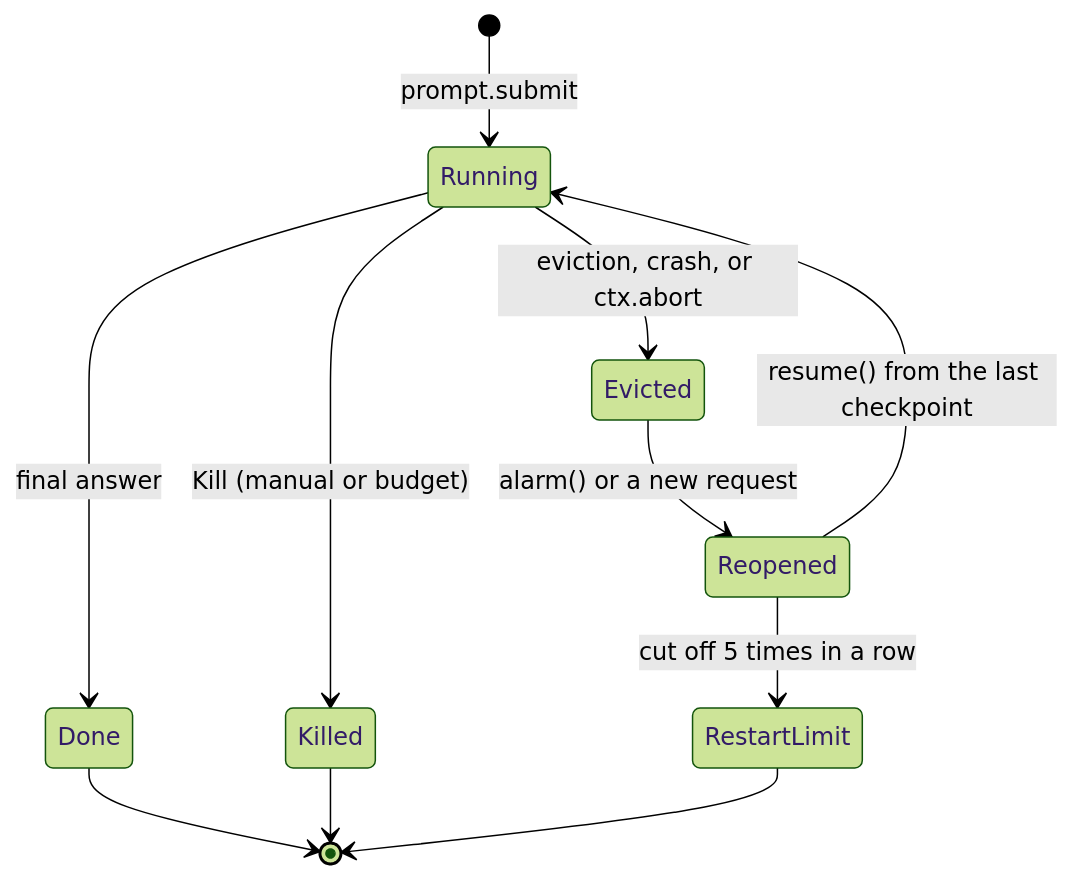
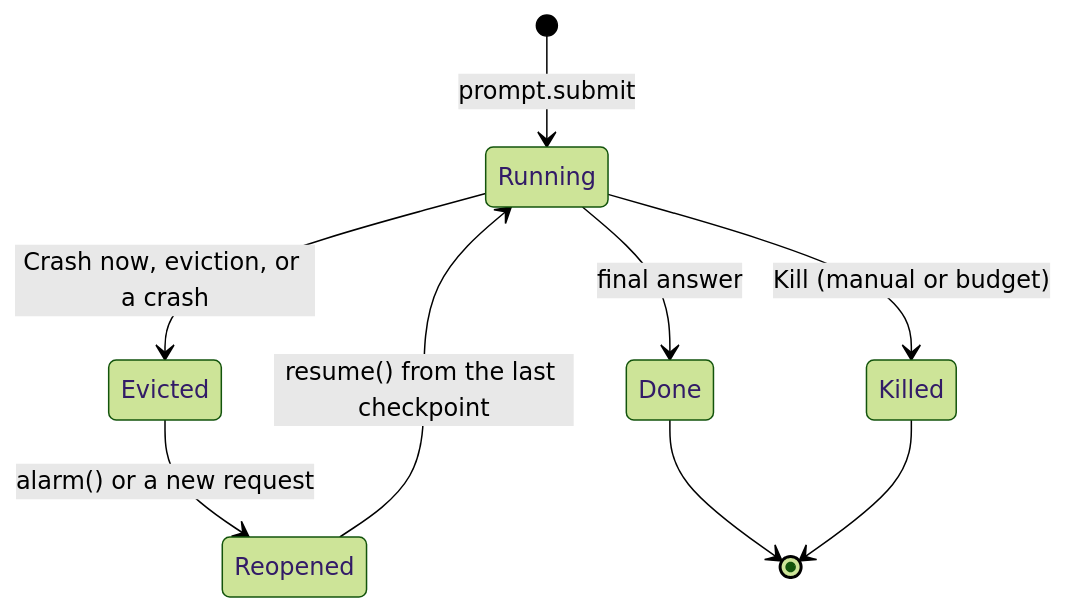
The sixth of 6 diagrams in SPEC.md (hung-ngm/pi-durable-replay), drawn with Mermaid (forest theme) before and after one commit. The commit also changed other lines of this file and 4 other files, not shown here.

````diff
--- a/SPEC.md
+++ b/SPEC.md
@@ -228,13 +210,11 @@
 ```mermaid
 stateDiagram-v2
   [*] --> Running: prompt.submit
-  Running --> Evicted: eviction, crash, or ctx.abort
+  Running --> Evicted: Crash now, eviction, or a crash
   Evicted --> Reopened: alarm() or a new request
   Reopened --> Running: resume() from the last checkpoint
   Running --> Done: final answer
   Running --> Killed: Kill (manual or budget)
-  Reopened --> RestartLimit: cut off 5 times in a row
   Done --> [*]
   Killed --> [*]
-  RestartLimit --> [*]
 ```
````
